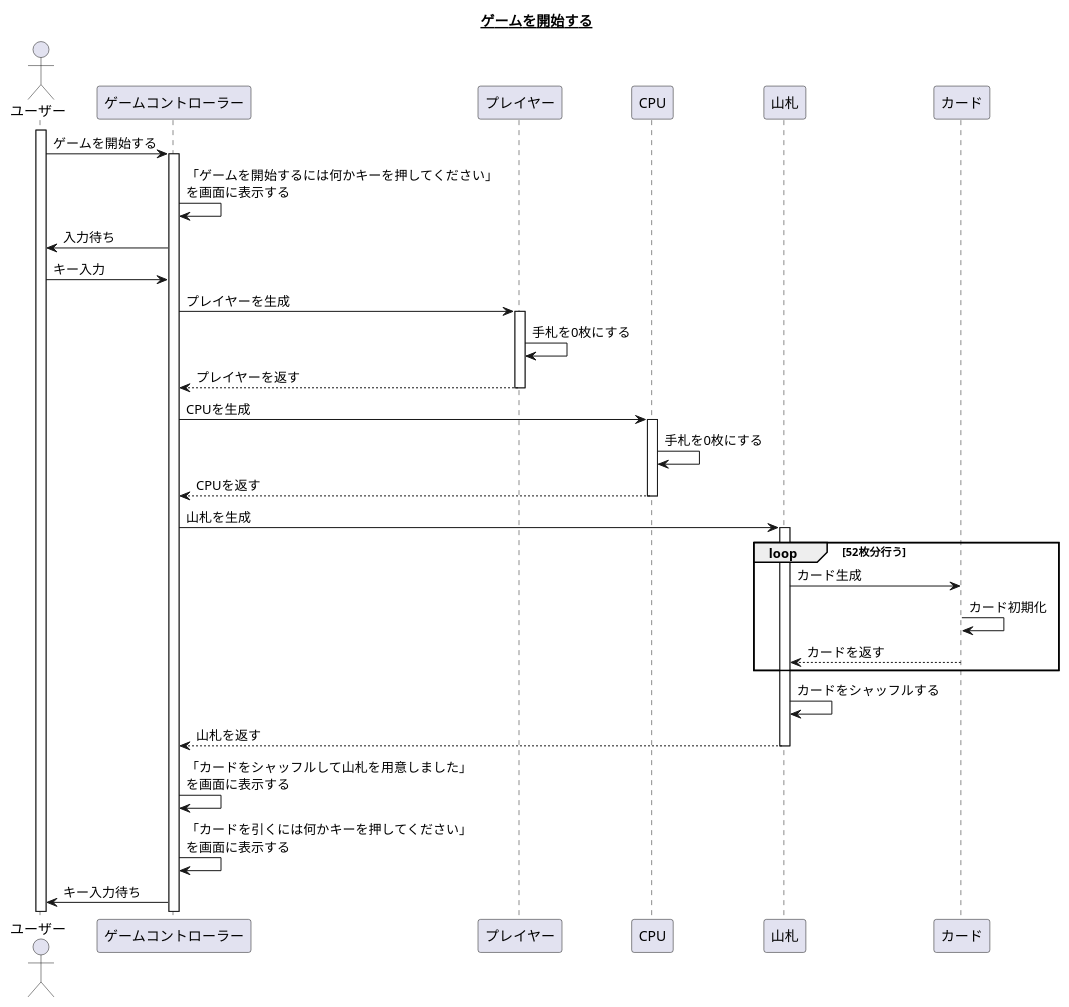
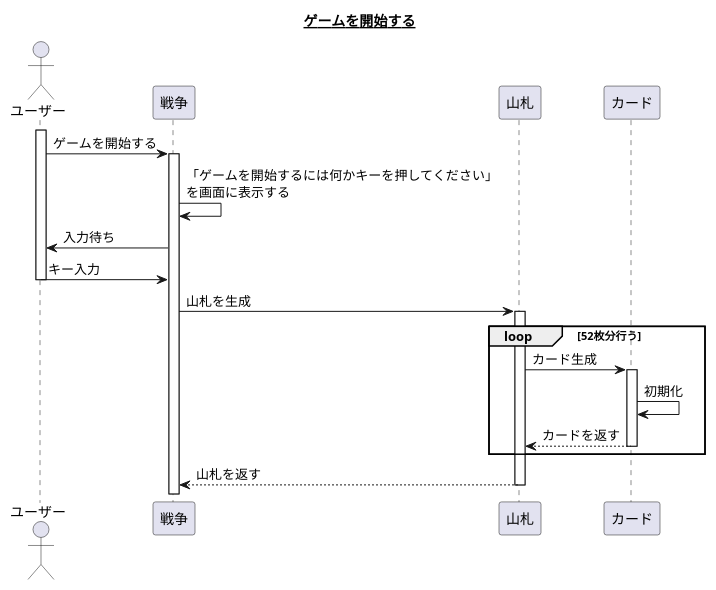
Before and after one commit to hachimitu22/study: the second of 10 diagrams in uml/CardGame/doc/design.md, drawn with PlantUML. The commit also changed other lines of this file, not shown here.

Commit message:
シーケンス図を複数人で遊べるように修正

````diff
--- a/uml/CardGame/doc/design.md
+++ b/uml/CardGame/doc/design.md
@@ -133,45 +139,30 @@
 ```plantuml
 @startuml
 
 title __ゲームを開始する__
 
 actor ユーザー
 activate ユーザー
 
-ユーザー -> ゲームコントローラー : ゲームを開始する
-activate ゲームコントローラー
+ユーザー -> 戦争 : ゲームを開始する
+activate 戦争
 
-ゲームコントローラー -> ゲームコントローラー : 「ゲームを開始するには何かキーを押してください」\nを画面に表示する
-ユーザー <- ゲームコントローラー : 入力待ち
-ユーザー -> ゲームコントローラー : キー入力
+戦争 -> 戦争 : 「ゲームを開始するには何かキーを押してください」\nを画面に表示する
+ユーザー <- 戦争 : 入力待ち
+ユーザー -> 戦争 : キー入力
+deactivate ユーザー
 
-
-ゲームコントローラー -> プレイヤー : プレイヤーを生成
-activate プレイヤー
-プレイヤー -> プレイヤー : 手札を0枚にする
-ゲームコントローラー <-- プレイヤー : プレイヤーを返す
-deactivate プレイヤー
-
-ゲームコントローラー -> CPU : CPUを生成
-activate CPU
-CPU -> CPU : 手札を0枚にする
-ゲームコントローラー <-- CPU : CPUを返す
-deactivate CPU
-
-ゲームコントローラー -> 山札 : 山札を生成
+戦争 -> 山札 : 山札を生成
 activate 山札
 loop 52枚分行う
   山札 -> カード : カード生成
-  カード -> カード : カード初期化
+  activate カード
+  カード -> カード : 初期化
   山札 <-- カード : カードを返す
+  deactivate カード
 end
-山札 -> 山札 : カードをシャッフルする
-ゲームコントローラー <-- 山札 : 山札を返す
+戦争 <-- 山札 : 山札を返す
 deactivate 山札
-
-ゲームコントローラー -> ゲームコントローラー :「カードをシャッフルして山札を用意しました」\nを画面に表示する
-ゲームコントローラー -> ゲームコントローラー :「カードを引くには何かキーを押してください」\nを画面に表示する
-ユーザー <- ゲームコントローラー : キー入力待ち
 
 @enduml
 ```
````
